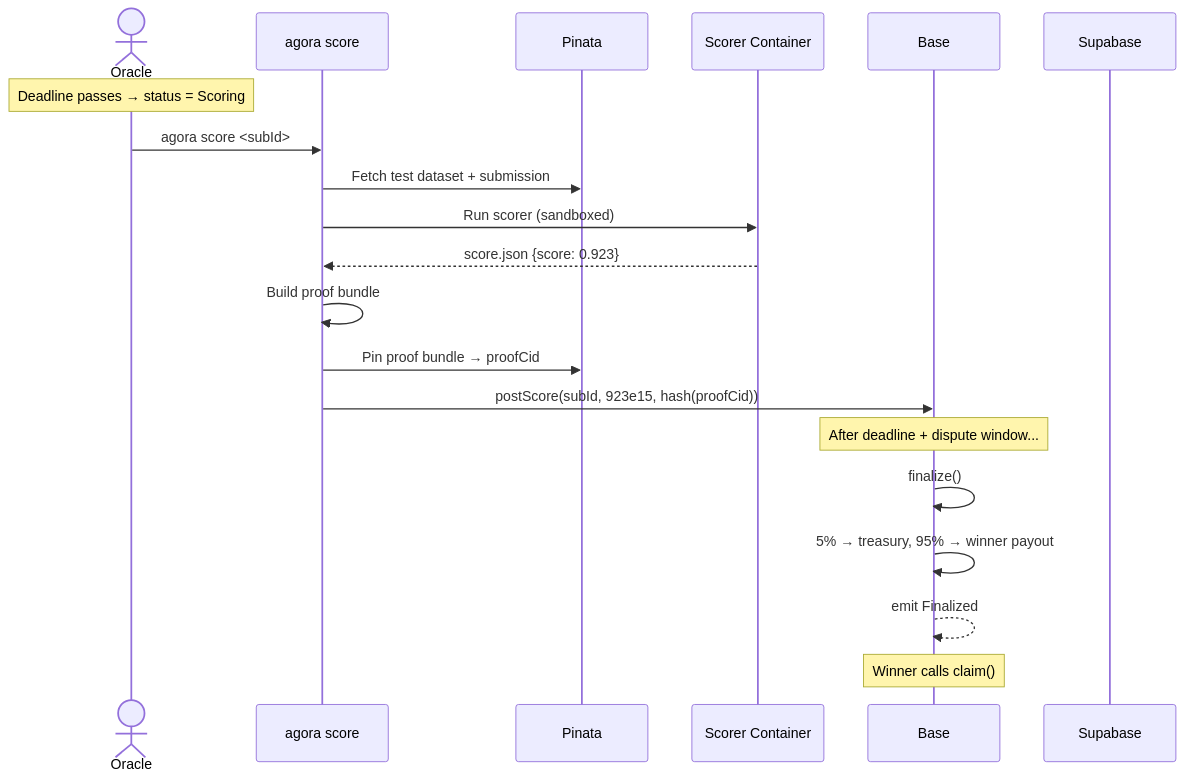
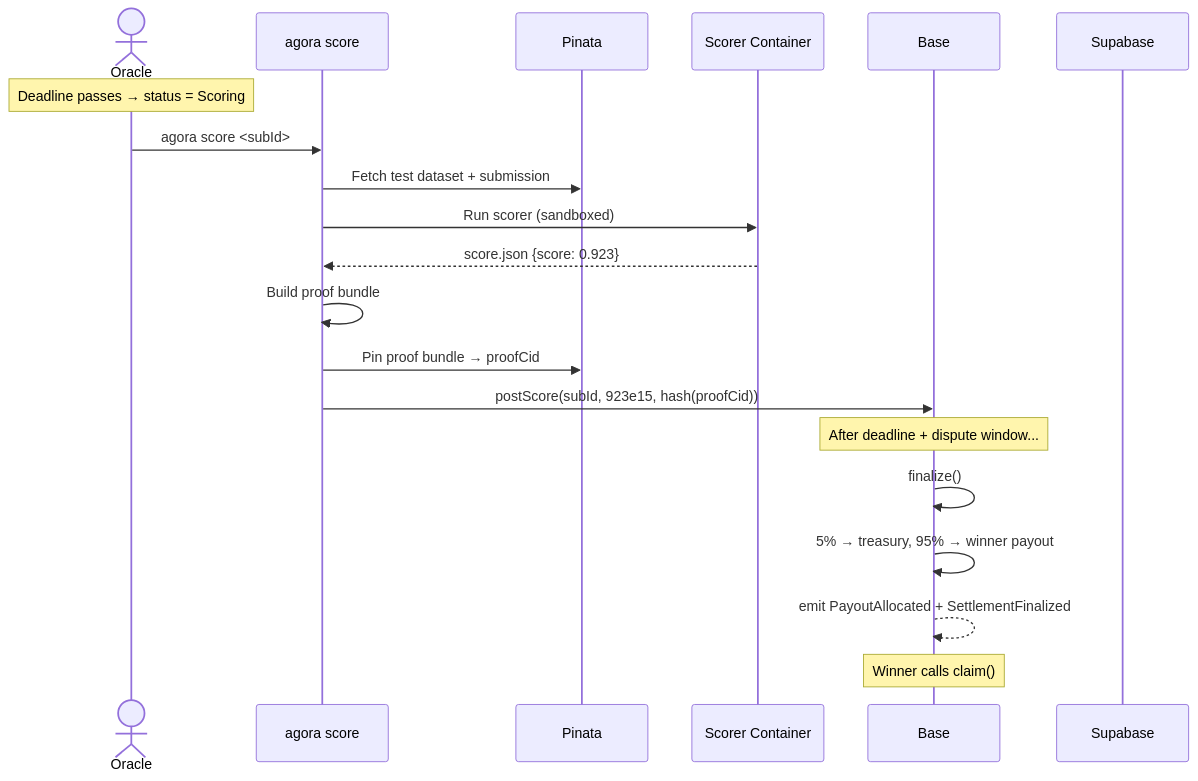
Before and after one commit to andymolecule/Hermes: the eighth of 15 diagrams in docs/architecture.md, drawn with Mermaid. The commit also changed other lines of this file and 47 other files, not shown here.

````diff
--- a/docs/architecture.md
+++ b/docs/architecture.md
@@ -292,27 +299,27 @@
 ```mermaid
 sequenceDiagram
     actor Oracle
     participant CLI as agora score
     participant IPFS as Pinata
     participant Docker as Scorer Container
     participant Chain as Base
     participant DB as Supabase
 
     Note over Oracle: Deadline passes → status = Scoring
 
     Oracle->>CLI: agora score <subId>
     CLI->>IPFS: Fetch test dataset + submission
     CLI->>Docker: Run scorer (sandboxed)
     Docker-->>CLI: score.json {score: 0.923}
     CLI->>CLI: Build proof bundle
     CLI->>IPFS: Pin proof bundle → proofCid
     CLI->>Chain: postScore(subId, 923e15, hash(proofCid))
 
     Note over Chain: After deadline + dispute window...
 
     Chain->>Chain: finalize()
     Chain->>Chain: 5% → treasury, 95% → winner payout
-    Chain-->>Chain: emit Finalized
+    Chain-->>Chain: emit PayoutAllocated + SettlementFinalized
 
     Note over Chain: Winner calls claim()
 ```
````
